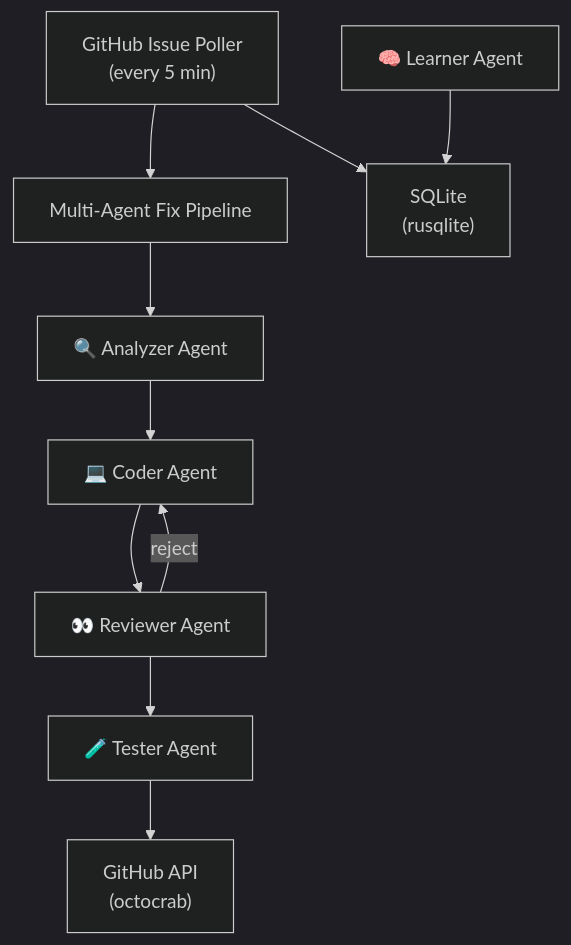
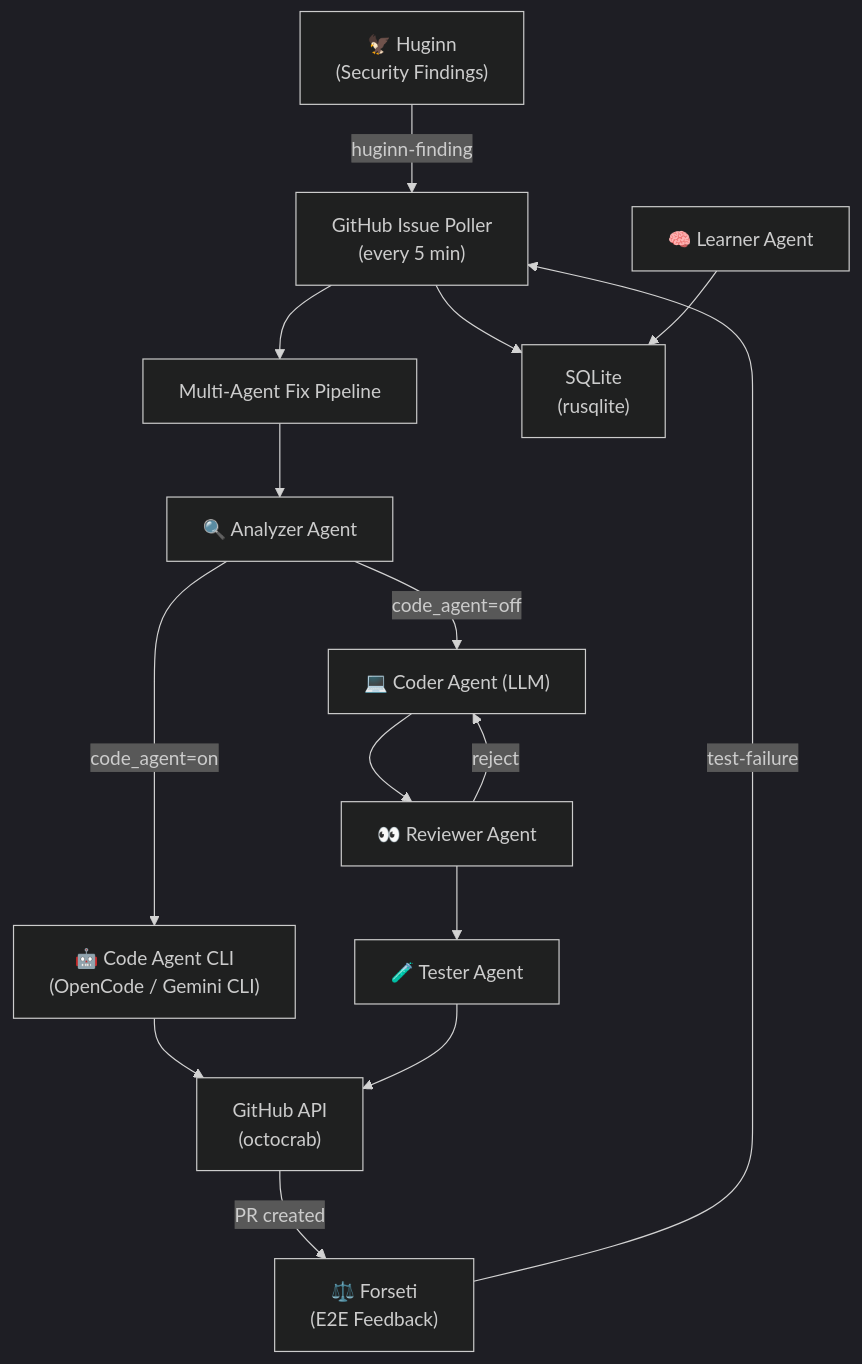
One commit to MegaWiz-Dev-Team/Muninn changed the first of 2 diagrams in docs/iso_29110/SI_01_Implementation_Report.md. Above: the diagram before and after it, drawn with Mermaid (dark theme). The commit also changed other lines of this file and 9 other files, not shown here.

Commit message:
feat: AI code agent module, config updates, and ISO SI-01 report

````diff
--- a/docs/iso_29110/SI_01_Implementation_Report.md
+++ b/docs/iso_29110/SI_01_Implementation_Report.md
@@ -28,19 +28,27 @@
 ```mermaid
 flowchart TB
     Poller["GitHub Issue Poller<br/>(every 5 min)"]
     Pipeline["Multi-Agent Fix Pipeline"]
     Analyzer["🔍 Analyzer Agent"]
-    Coder["💻 Coder Agent"]
+    CodeAgent["🤖 Code Agent CLI<br/>(OpenCode / Gemini CLI)"]
+    Coder["💻 Coder Agent (LLM)"]
     Reviewer["👀 Reviewer Agent"]
     Tester["🧪 Tester Agent"]
     Learner["🧠 Learner Agent"]
     GitHub["GitHub API<br/>(octocrab)"]
     DB["SQLite<br/>(rusqlite)"]
+    Forseti["⚖️ Forseti<br/>(E2E Feedback)"]
+    Huginn["🦅 Huginn<br/>(Security Findings)"]
 
+    Huginn -->|huginn-finding| Poller
+    Forseti -->|test-failure| Poller
     Poller --> Pipeline
-    Pipeline --> Analyzer --> Coder --> Reviewer --> Tester
+    Pipeline --> Analyzer
+    Analyzer -->|code_agent=on| CodeAgent --> GitHub
+    Analyzer -->|code_agent=off| Coder --> Reviewer --> Tester
     Reviewer -->|reject| Coder
     Tester --> GitHub
     Poller --> DB
     Learner --> DB
+    GitHub -->|PR created| Forseti
 ```
````
